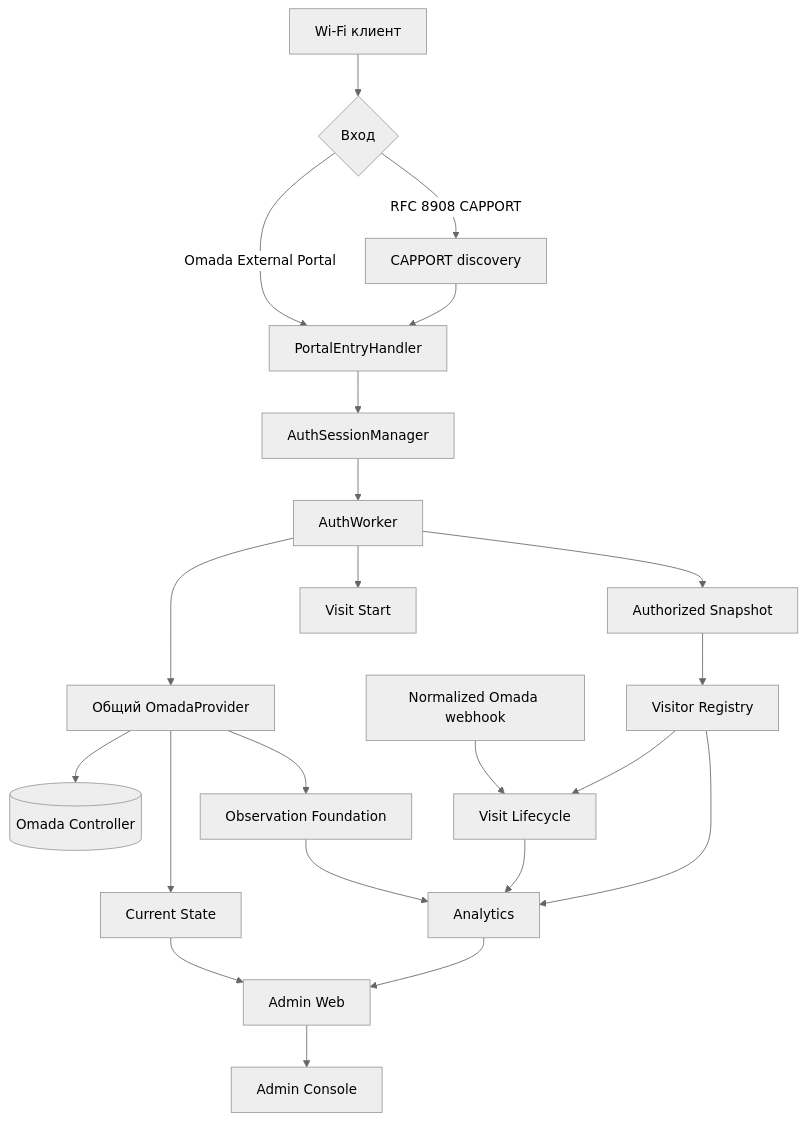
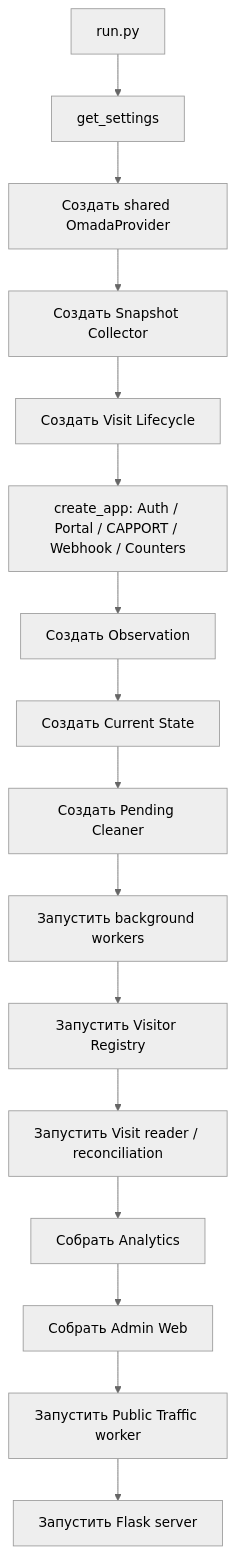
The third of 18 diagrams in README_RU.md (ZaurNavi/CaptivePortal), drawn with Mermaid (neutral theme) before and after one commit. The commit also changed other lines of this file and 1 other file, not shown here.

````diff
--- a/README_RU.md
+++ b/README_RU.md
@@ -14,27 +252,18 @@
 ```mermaid
 flowchart TD
-    Client[Wi-Fi клиент] --> Entry{Вход}
-    Entry -->|Omada External Portal| Portal[PortalEntryHandler]
-    Entry -->|RFC 8908 CAPPORT| Capport[CAPPORT discovery]
-    Capport --> Portal
-
-    Portal --> Sessions[AuthSessionManager]
-    Sessions --> Worker[AuthWorker]
-    Worker --> Provider[Общий OmadaProvider]
-    Provider --> Omada[(Omada Controller)]
-
-    Worker --> Snapshot[Authorized Snapshot]
-    Worker --> VisitStart[Visit Start]
-    Snapshot --> Registry[Visitor Registry]
-    Provider --> Observation[Observation Foundation]
-    Provider --> Current[Current State]
-    Webhook[Normalized Omada webhook] --> Visit[Visit Lifecycle]
-    Registry --> Visit
-
-    Observation --> Analytics[Analytics]
-    Visit --> Analytics
-    Registry --> Analytics
-    Current --> Admin[Admin Web]
-    Analytics --> Admin
-    Admin --> Browser[Admin Console]
+    Start[run.py] --> Settings[get_settings]
+    Settings --> Shared[Создать shared OmadaProvider]
+    Shared --> Snapshot[Создать Snapshot Collector]
+    Snapshot --> Visit[Создать Visit Lifecycle]
+    Visit --> Flask[create_app: Auth / Portal / CAPPORT / Webhook / Counters]
+    Flask --> Obs[Создать Observation]
+    Obs --> Current[Создать Current State]
+    Current --> Cleaner[Создать Pending Cleaner]
+    Cleaner --> Workers[Запустить background workers]
+    Workers --> Registry[Запустить Visitor Registry]
+    Registry --> Reconcile[Запустить Visit reader / reconciliation]
+    Reconcile --> Analytics[Собрать Analytics]
+    Analytics --> Admin[Собрать Admin Web]
+    Admin --> Traffic[Запустить Public Traffic worker]
+    Traffic --> Serve[Запустить Flask server]
 ```
````
